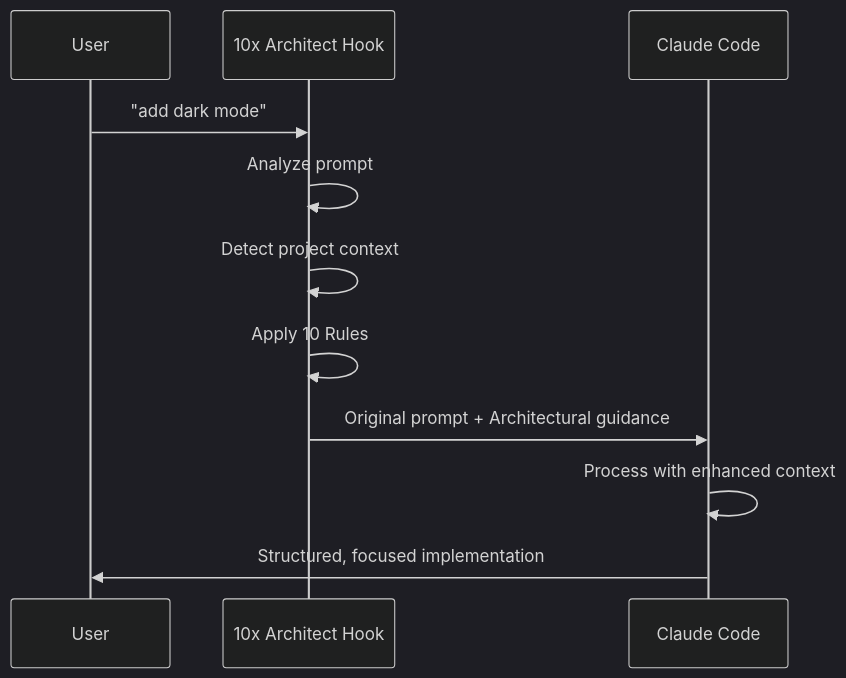
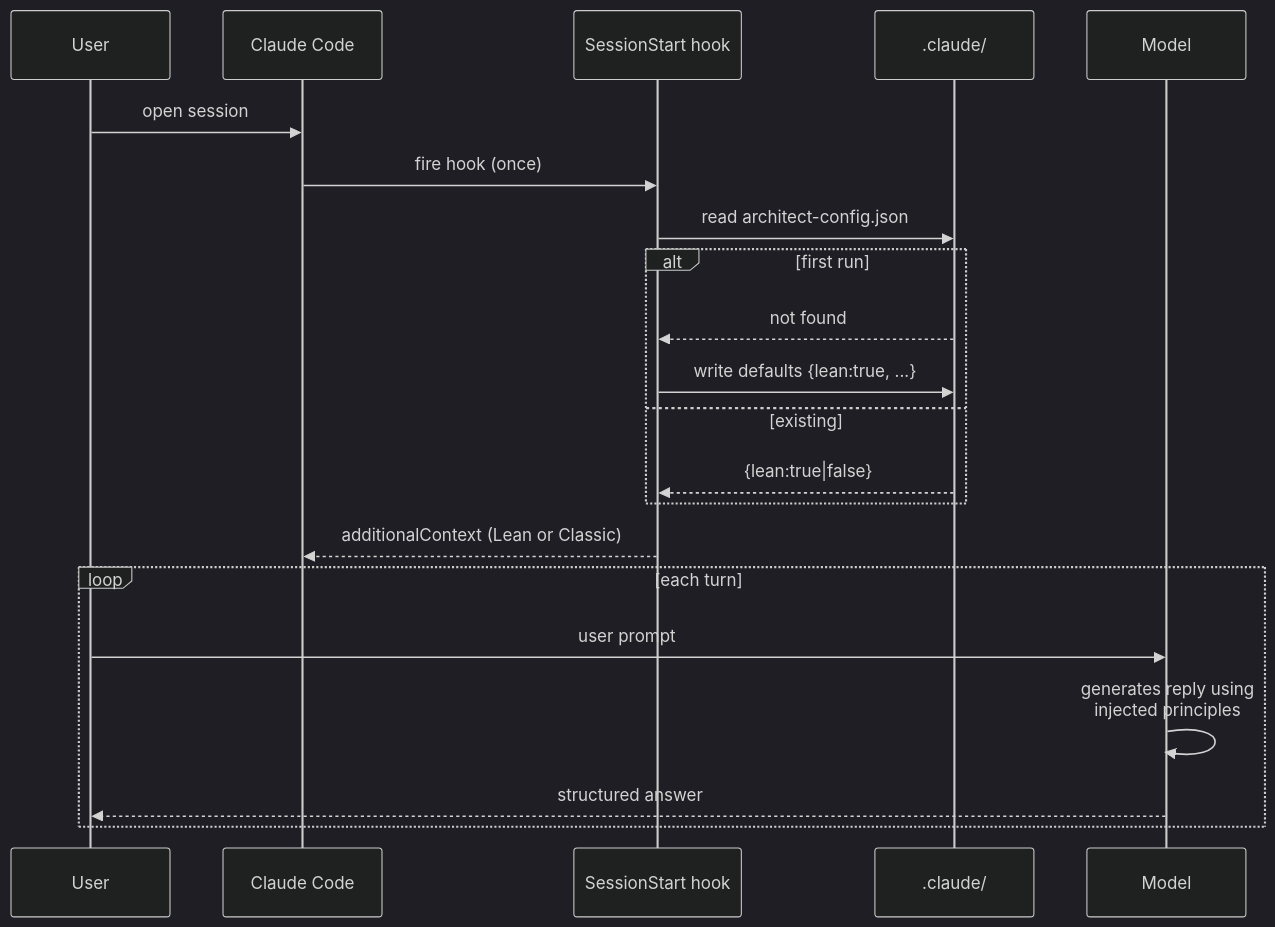
The third of 8 diagrams in README.md (yzamari/10x-architect-marketplace), drawn with Mermaid (dark theme) before and after one commit. The commit also changed other lines of this file and 1 other file, not shown here.

````diff
--- a/README.md
+++ b/README.md
@@ -118,14 +119,24 @@
 ```mermaid
 sequenceDiagram
     participant U as User
-    participant H as 10x Architect Hook
-    participant C as Claude Code
+    participant CC as Claude Code
+    participant H as SessionStart hook
+    participant FS as .claude/
+    participant M as Model
 
-    U->>H: "add dark mode"
-    H->>H: Analyze prompt
-    H->>H: Detect project context
-    H->>H: Apply 10 Rules
-    H->>C: Original prompt + Architectural guidance
-    C->>C: Process with enhanced context
-    C->>U: Structured, focused implementation
+    U->>CC: open session
+    CC->>H: fire hook (once)
+    H->>FS: read architect-config.json
+    alt first run
+        FS-->>H: not found
+        H->>FS: write defaults {lean:true, ...}
+    else existing
+        FS-->>H: {lean:true|false}
+    end
+    H-->>CC: additionalContext (Lean or Classic)
+    loop each turn
+        U->>M: user prompt
+        M->>M: generates reply using<br/>injected principles
+        M-->>U: structured answer
+    end
 ```
````
